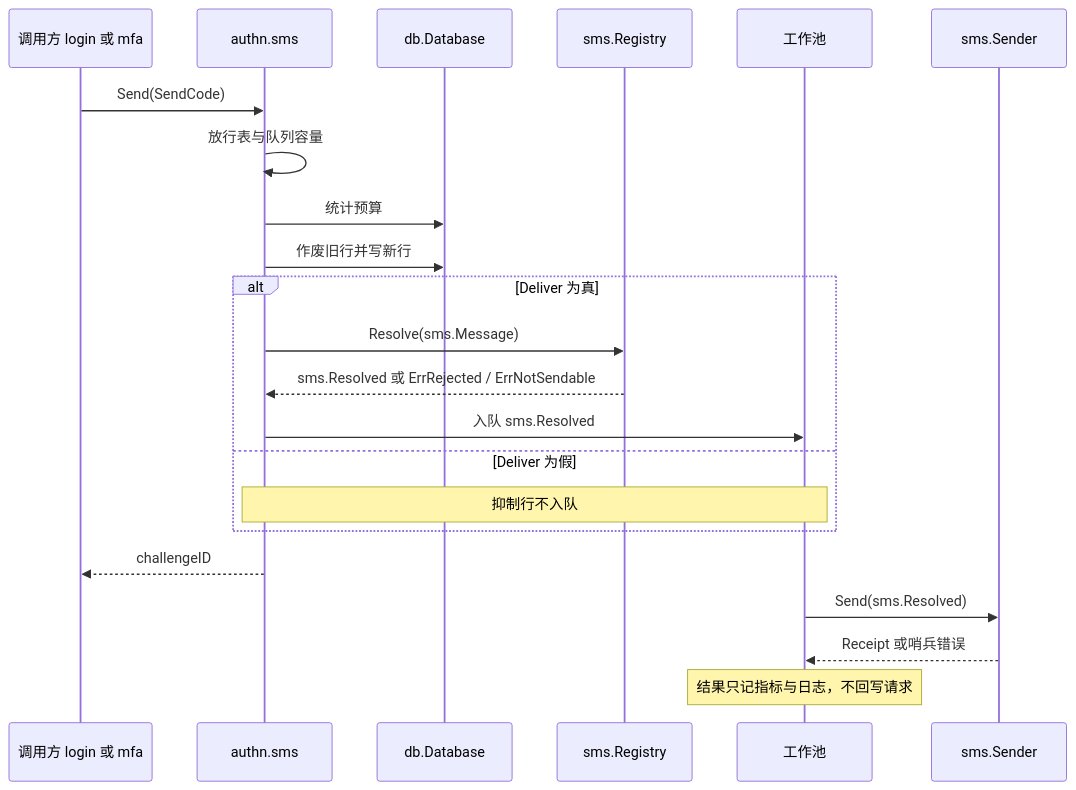
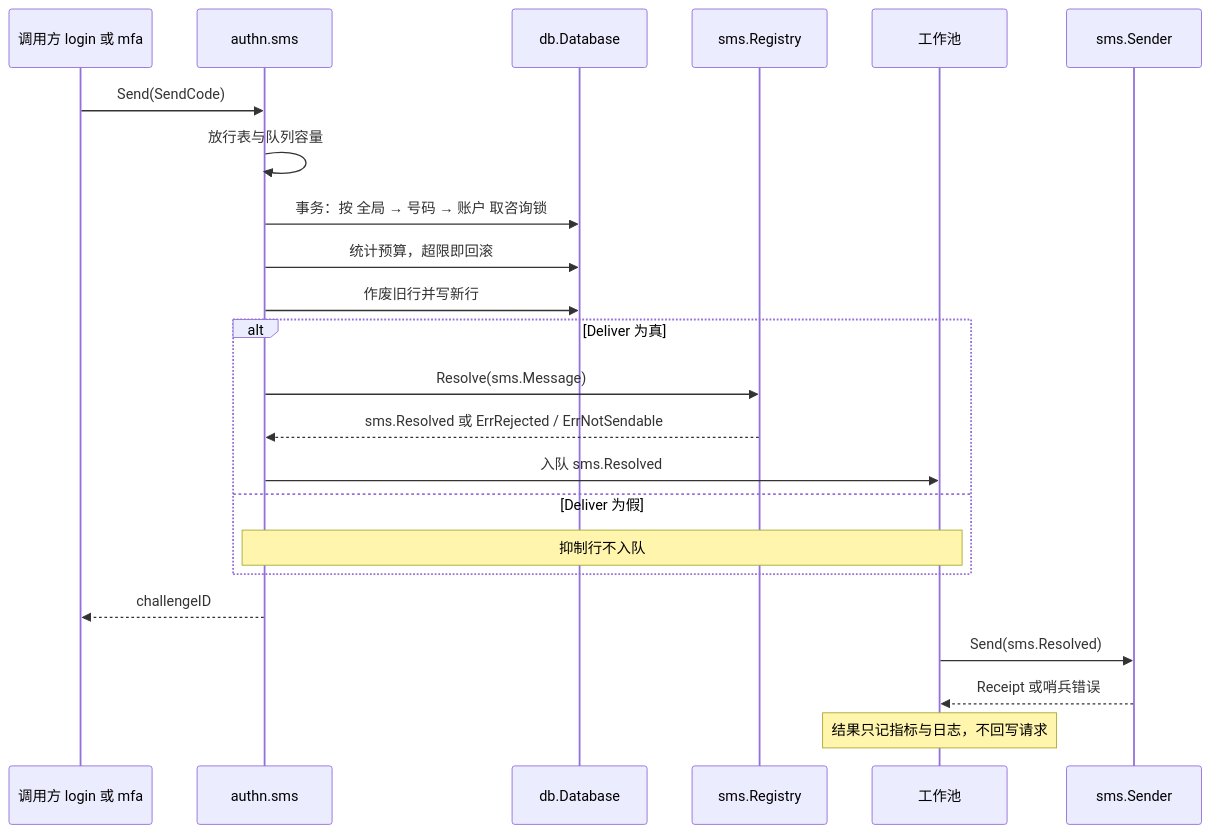
Before and after one commit to wangzw/speed: the second of 4 diagrams in docs/design/modules/authn/design-authn-sms.md, drawn with Mermaid. The commit also changed other lines of this file and 8 other files, not shown here.

````diff
--- a/docs/design/modules/authn/design-authn-sms.md
+++ b/docs/design/modules/authn/design-authn-sms.md
@@ -198,24 +198,25 @@
 ```mermaid
 sequenceDiagram
     participant C as 调用方 login 或 mfa
     participant S as authn.sms
     participant D as db.Database
     participant R as sms.Registry
     participant P as 工作池
     participant V as sms.Sender
     C->>S: Send(SendCode)
     S->>S: 放行表与队列容量
-    S->>D: 统计预算
+    S->>D: 事务：按 全局 → 号码 → 账户 取咨询锁
+    S->>D: 统计预算，超限即回滚
     S->>D: 作废旧行并写新行
     alt Deliver 为真
         S->>R: Resolve(sms.Message)
         R-->>S: sms.Resolved 或 ErrRejected / ErrNotSendable
         S->>P: 入队 sms.Resolved
     else Deliver 为假
         Note over S,P: 抑制行不入队
     end
     S-->>C: challengeID
     P->>V: Send(sms.Resolved)
     V-->>P: Receipt 或哨兵错误
     Note over P: 结果只记指标与日志，不回写请求
 ```
````
